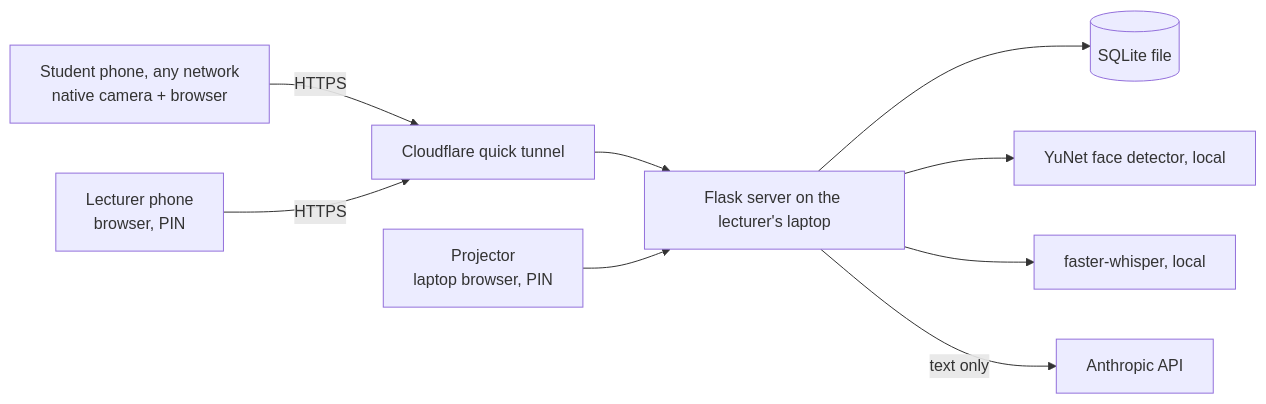
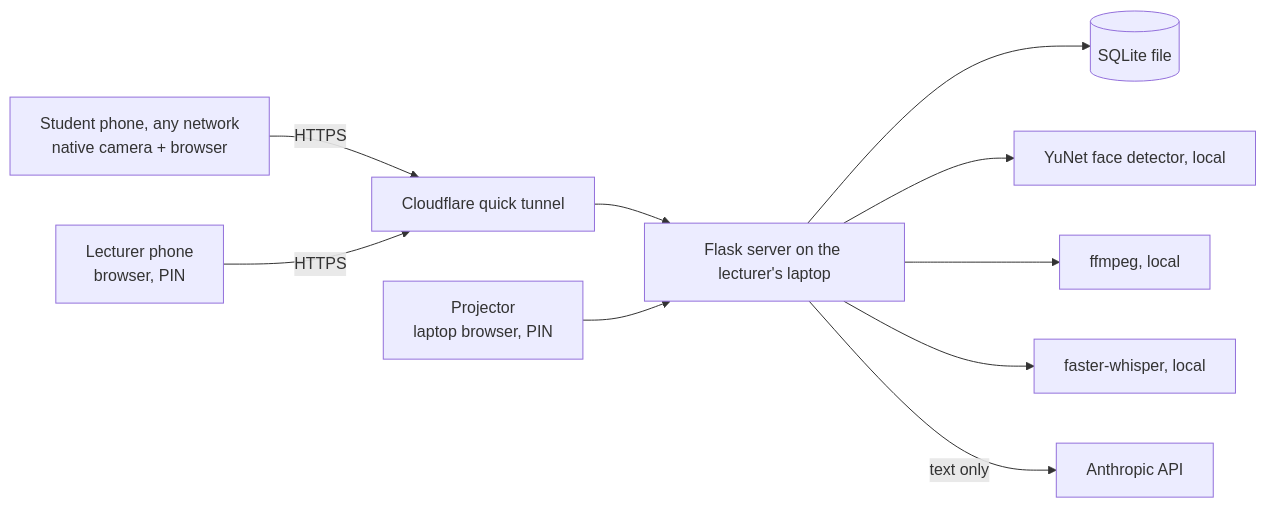
One commit to ronsarfati/EX2-Teaching-Tool changed the diagram in docs/srs.md. Above: the diagram before and after it, drawn with Mermaid. The commit also changed other lines of this file and 31 other files, not shown here.

````diff
--- a/docs/srs.md
+++ b/docs/srs.md
@@ -60,11 +61,12 @@
 ```mermaid
 flowchart LR
   SP[Student phone, any network<br/>native camera + browser] -- HTTPS --> CF[Cloudflare quick tunnel]
   LP[Lecturer phone<br/>browser, PIN] -- HTTPS --> CF
   CF --> FS[Flask server on the lecturer's laptop]
   PJ[Projector<br/>laptop browser, PIN] --> FS
   FS --> DB[(SQLite file)]
   FS --> YN[YuNet face detector, local]
+  FS --> FF[ffmpeg, local]
   FS --> FW[faster-whisper, local]
   FS -- text only --> AN[Anthropic API]
 ```
````
